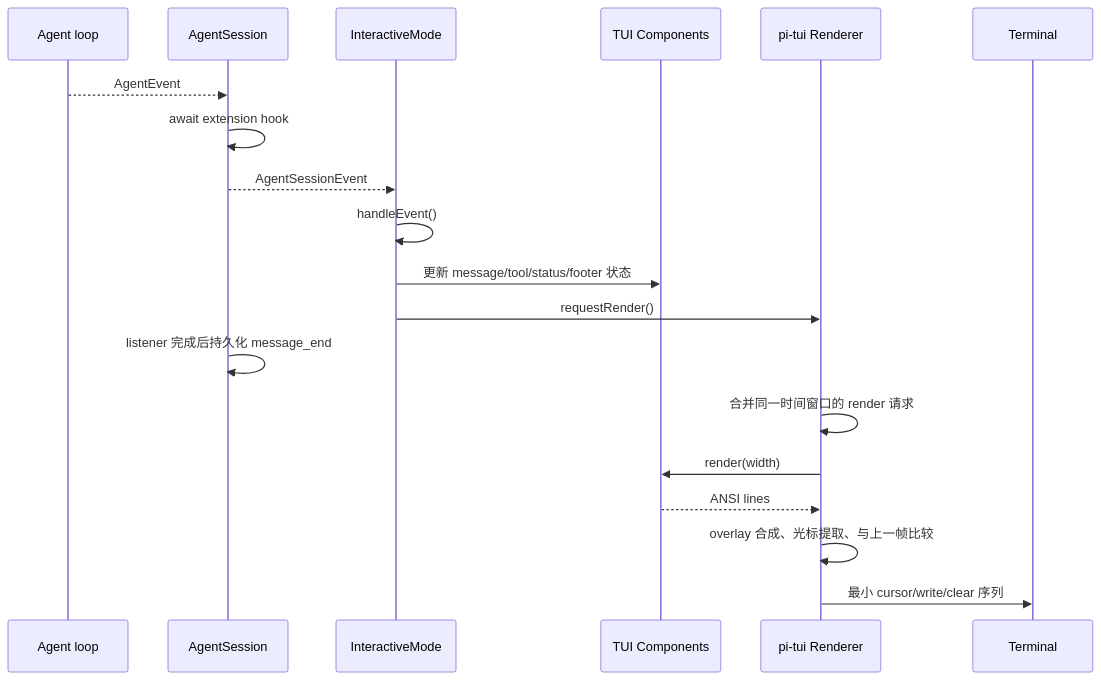
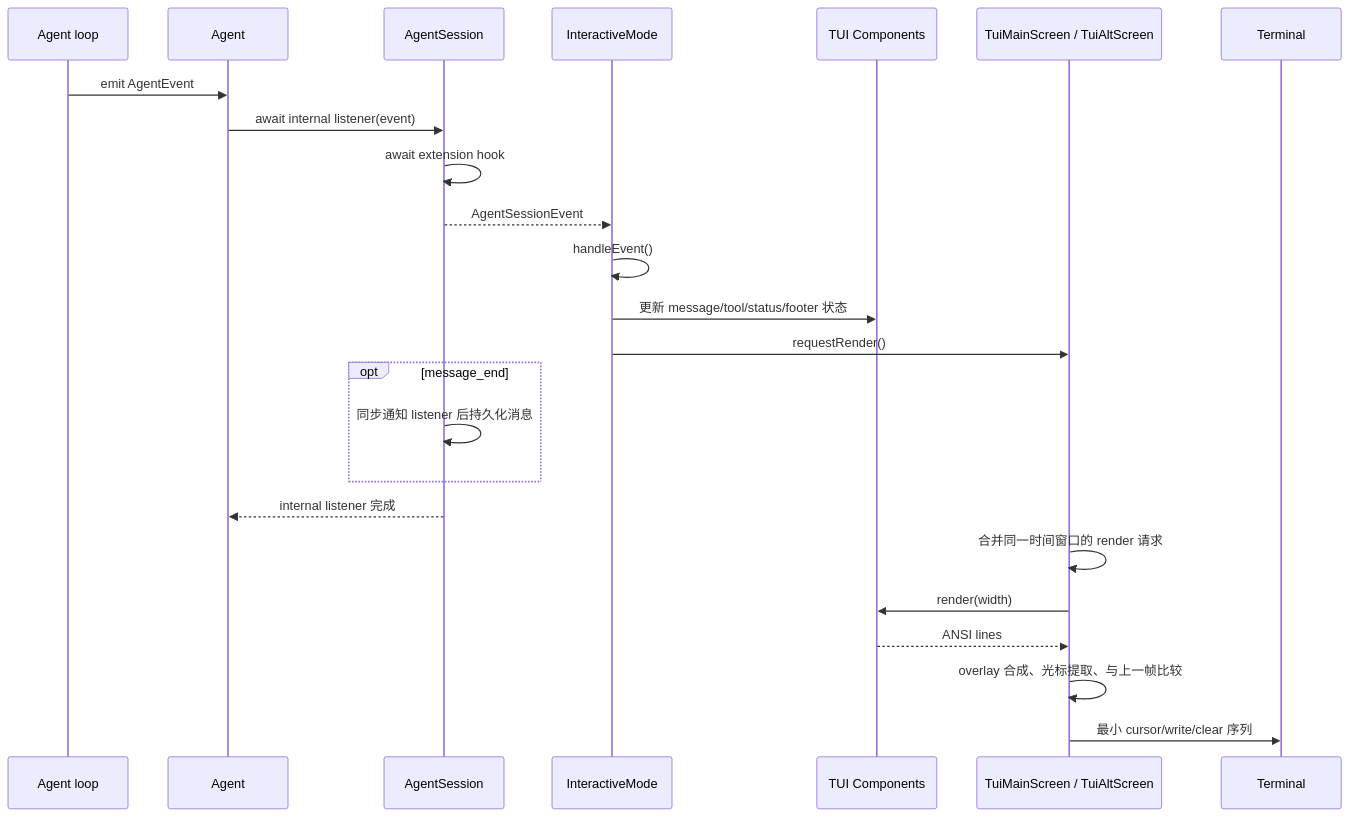
One commit to tcy1999/pi changed the diagram in architecture-analysis/call-flows/tui-event-rendering.md. Above: the diagram before and after it, drawn with Mermaid. The commit also changed other lines of this file and 24 other files, not shown here.

````diff
--- a/architecture-analysis/call-flows/tui-event-rendering.md
+++ b/architecture-analysis/call-flows/tui-event-rendering.md
@@ -20,22 +20,27 @@
 ```mermaid
 sequenceDiagram
   participant AGENT_LOOP as Agent loop
+  participant A as Agent
   participant S as AgentSession
   participant MODE as InteractiveMode
   participant C as TUI Components
-  participant TUI as pi-tui Renderer
+  participant TUI as TuiMainScreen / TuiAltScreen
   participant TERM as Terminal
 
-  AGENT_LOOP-->>S: AgentEvent
+  AGENT_LOOP->>A: emit AgentEvent
+  A->>S: await internal listener(event)
   S->>S: await extension hook
   S-->>MODE: AgentSessionEvent
   MODE->>MODE: handleEvent()
   MODE->>C: 更新 message/tool/status/footer 状态
   MODE->>TUI: requestRender()
-  S->>S: listener 完成后持久化 message_end
+  opt message_end
+    S->>S: 同步通知 listener 后持久化消息
+  end
+  S-->>A: internal listener 完成
   TUI->>TUI: 合并同一时间窗口的 render 请求
   TUI->>C: render(width)
   C-->>TUI: ANSI lines
   TUI->>TUI: overlay 合成、光标提取、与上一帧比较
   TUI->>TERM: 最小 cursor/write/clear 序列
 ```
````
